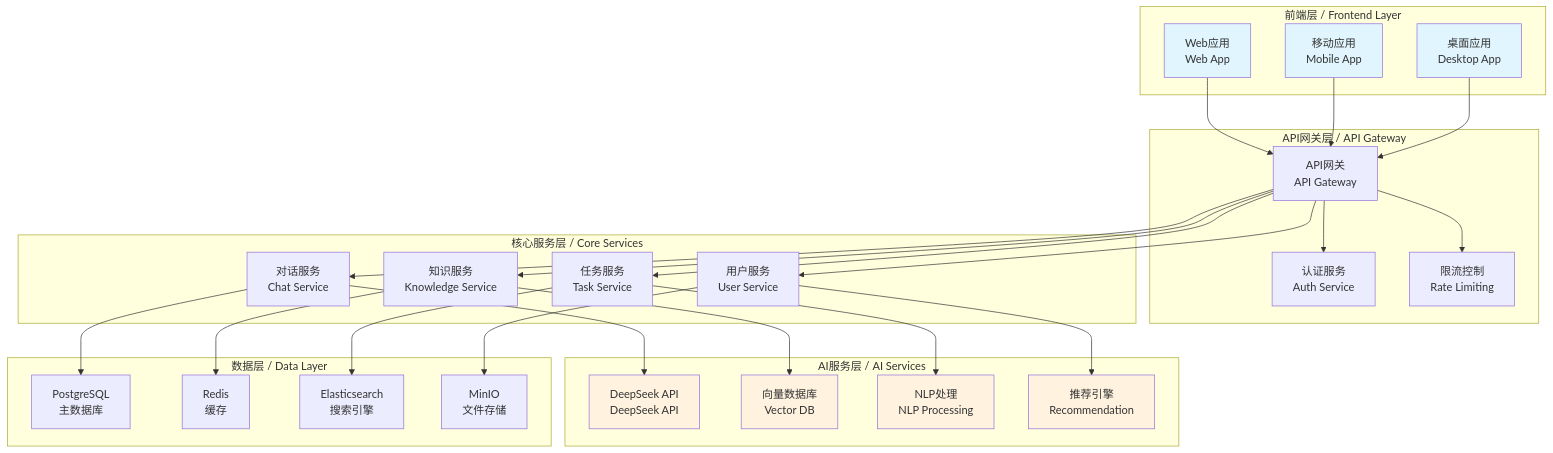
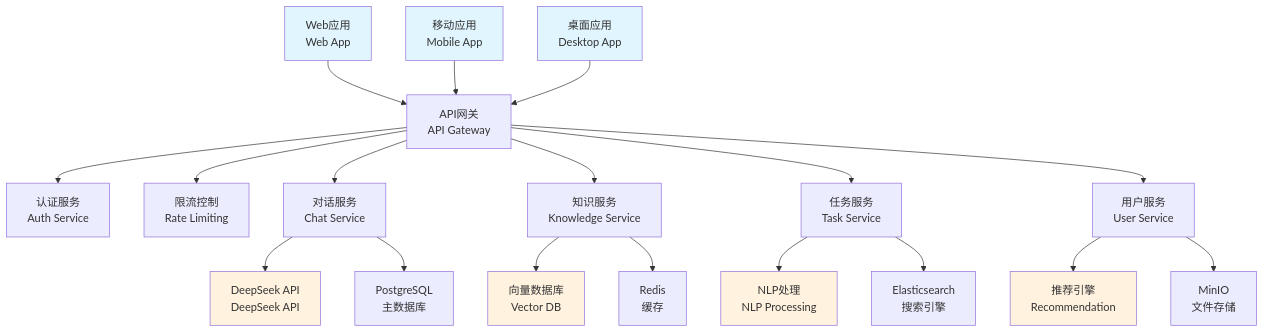
Before and after one commit to Coldplay-now/Spec_driven_development_QuickStart: the diagram in content/第6章 案例3 - 打造你的专属AI助手.md, drawn with Mermaid.

Commit message:
优化第6章技术架构图：移除subgraph分组，简化图表结构

````diff
--- a/content/第6章 案例3 - 打造你的专属AI助手.md
+++ b/content/第6章 案例3 - 打造你的专属AI助手.md
@@ -63,64 +63,50 @@
 ```mermaid
 graph TB
-    subgraph "前端层 / Frontend Layer"
-        A["Web应用<br/>Web App"] 
-        B["移动应用<br/>Mobile App"]
-        C["桌面应用<br/>Desktop App"]
-    end
-    
-    subgraph "API网关层 / API Gateway"
-        D["API网关<br/>API Gateway"]
-        E["认证服务<br/>Auth Service"]
-        F["限流控制<br/>Rate Limiting"]
-    end
-    
-    subgraph "核心服务层 / Core Services"
-        G["对话服务<br/>Chat Service"]
-        H["知识服务<br/>Knowledge Service"]
-        I["任务服务<br/>Task Service"]
-        J["用户服务<br/>User Service"]
-    end
-    
-    subgraph "AI服务层 / AI Services"
-        K["DeepSeek API<br/>DeepSeek API"]
-        L["向量数据库<br/>Vector DB"]
-        M["NLP处理<br/>NLP Processing"]
-        N["推荐引擎<br/>Recommendation"]
-    end
-    
-    subgraph "数据层 / Data Layer"
-        O["PostgreSQL<br/>主数据库"]
-        P["Redis<br/>缓存"]
-        Q["Elasticsearch<br/>搜索引擎"]
-        R["MinIO<br/>文件存储"]
-    end
+    A["Web应用<br/>Web App"] 
+    B["移动应用<br/>Mobile App"]
+    C["桌面应用<br/>Desktop App"]
+    D["API网关<br/>API Gateway"]
+    E["认证服务<br/>Auth Service"]
+    F["限流控制<br/>Rate Limiting"]
+    G["对话服务<br/>Chat Service"]
+    H["知识服务<br/>Knowledge Service"]
+    I["任务服务<br/>Task Service"]
+    J["用户服务<br/>User Service"]
+    K["DeepSeek API<br/>DeepSeek API"]
+    L["向量数据库<br/>Vector DB"]
+    M["NLP处理<br/>NLP Processing"]
+    N["推荐引擎<br/>Recommendation"]
+    O["PostgreSQL<br/>主数据库"]
+    P["Redis<br/>缓存"]
+    Q["Elasticsearch<br/>搜索引擎"]
+    R["MinIO<br/>文件存储"]
     
     A --> D
     B --> D
     C --> D
     
     D --> E
     D --> F
     D --> G
     D --> H
     D --> I
     D --> J
     
     G --> K
     H --> L
     I --> M
     J --> N
     
     G --> O
     H --> P
     I --> Q
     J --> R
     
     style A fill:#e1f5fe
     style B fill:#e1f5fe
     style C fill:#e1f5fe
     style K fill:#fff3e0
     style L fill:#fff3e0
     style M fill:#fff3e0
     style N fill:#fff3e0
 ```
````
